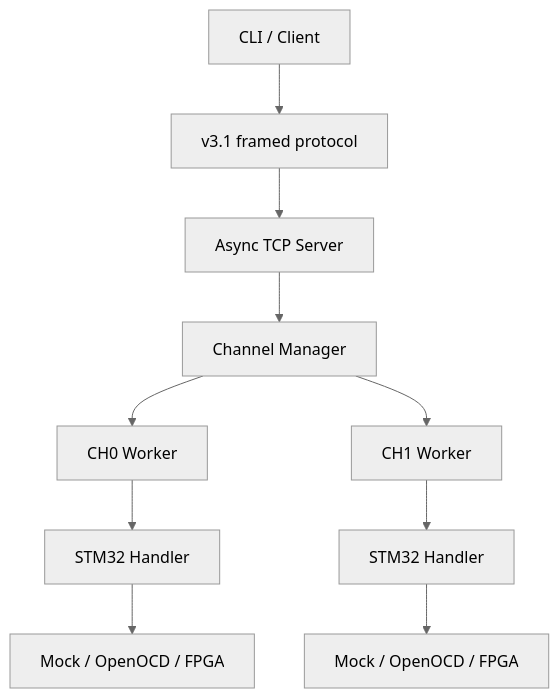
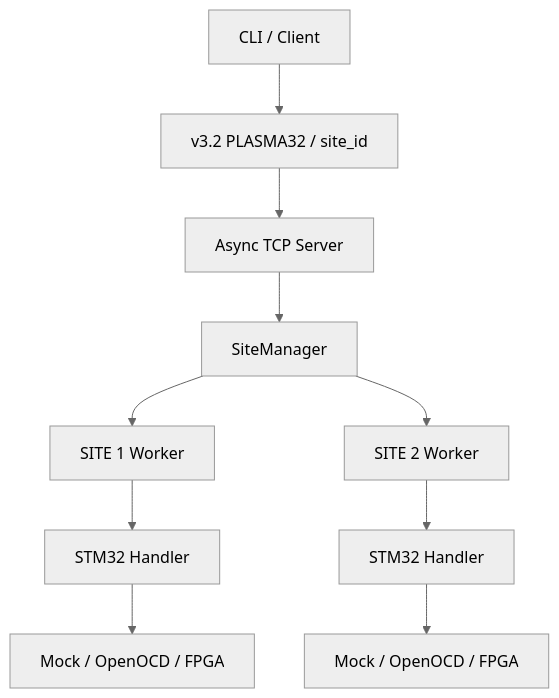
One commit to physicslu/plasma changed the first of 3 diagrams in software/python/docs/architecture.md. Above: the diagram before and after it, drawn with Mermaid (neutral theme). The commit also changed other lines of this file, not shown here.

Commit message:
Align architecture docs with PPU Sites and protocol v3.2

````diff
--- a/software/python/docs/architecture.md
+++ b/software/python/docs/architecture.md
@@ -7,12 +7,12 @@
 ```mermaid
 flowchart TD
-    CLI["CLI / Client"] --> Protocol["v3.1 framed protocol"]
+    CLI["CLI / Client"] --> Protocol["v3.2 PLASMA32 / site_id"]
     Protocol --> Server["Async TCP Server"]
-    Server --> Manager["Channel Manager"]
-    Manager --> W0["CH0 Worker"]
-    Manager --> W1["CH1 Worker"]
-    W0 --> H0["STM32 Handler"]
+    Server --> Manager["SiteManager"]
+    Manager --> W1["SITE 1 Worker"]
+    Manager --> W2["SITE 2 Worker"]
     W1 --> H1["STM32 Handler"]
-    H0 --> I0["Mock / OpenOCD / FPGA"]
+    W2 --> H2["STM32 Handler"]
     H1 --> I1["Mock / OpenOCD / FPGA"]
+    H2 --> I2["Mock / OpenOCD / FPGA"]
 ```
````
